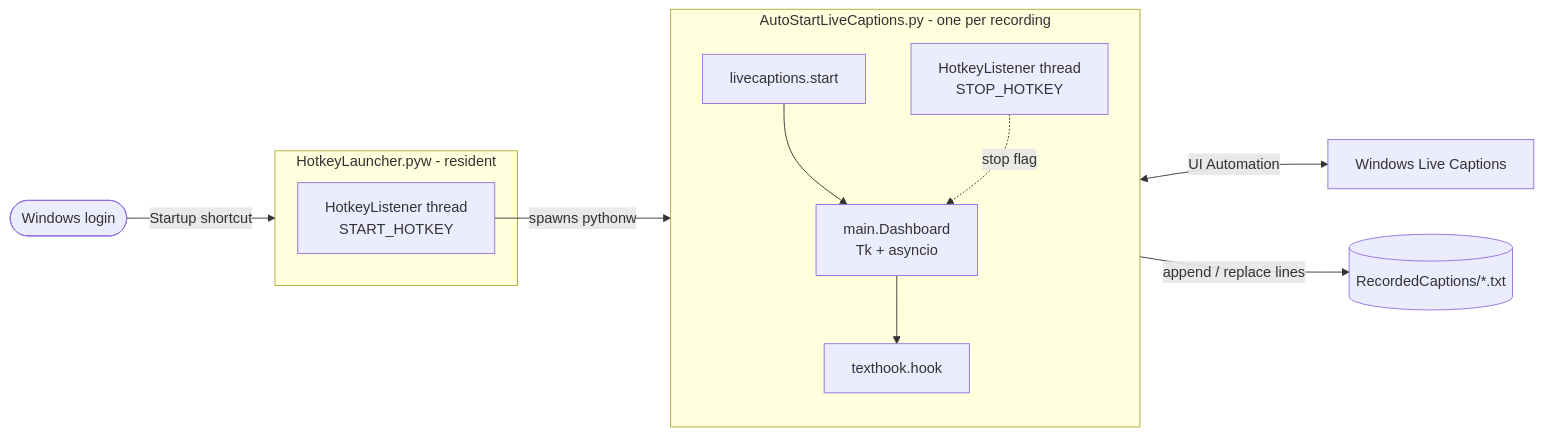
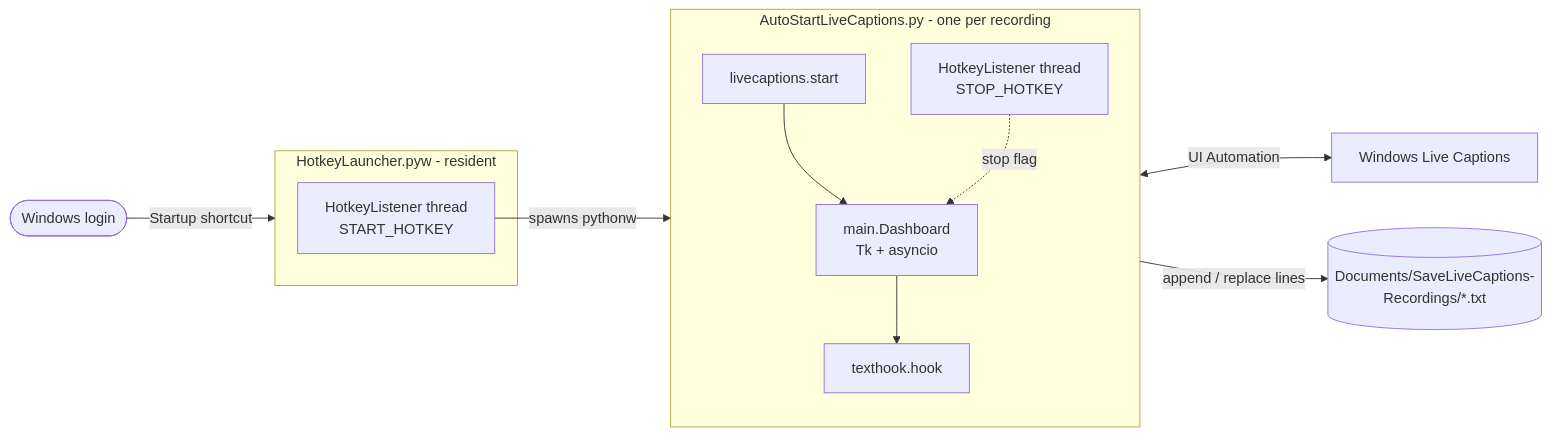
Before and after one commit to thodoris/SaveLiveCaptions: the diagram in docs/ARCHITECTURE.md, drawn with Mermaid. The commit also changed 7 other files, not shown here.

First line of the commit message:
Save recordings to the user's Documents\SaveLiveCaptions-Recordings

````diff
--- a/docs/ARCHITECTURE.md
+++ b/docs/ARCHITECTURE.md
@@ -8,16 +8,16 @@
 ```mermaid
 flowchart LR
     login([Windows login]) -->|Startup shortcut| L
     subgraph L[HotkeyLauncher.pyw - resident]
         LH[HotkeyListener thread<br/>START_HOTKEY]
     end
     LH -->|spawns pythonw| W
     subgraph W[AutoStartLiveCaptions.py - one per recording]
         direction TB
         S[livecaptions.start] --> D[main.Dashboard<br/>Tk + asyncio]
         D --> H[texthook.hook]
         WH[HotkeyListener thread<br/>STOP_HOTKEY] -.stop flag.-> D
     end
     H <-->|UI Automation| LC[Windows Live Captions]
-    H -->|append / replace lines| F[(RecordedCaptions/*.txt)]
+    H -->|append / replace lines| F[(Documents/SaveLiveCaptions-Recordings/*.txt)]
 ```
````
